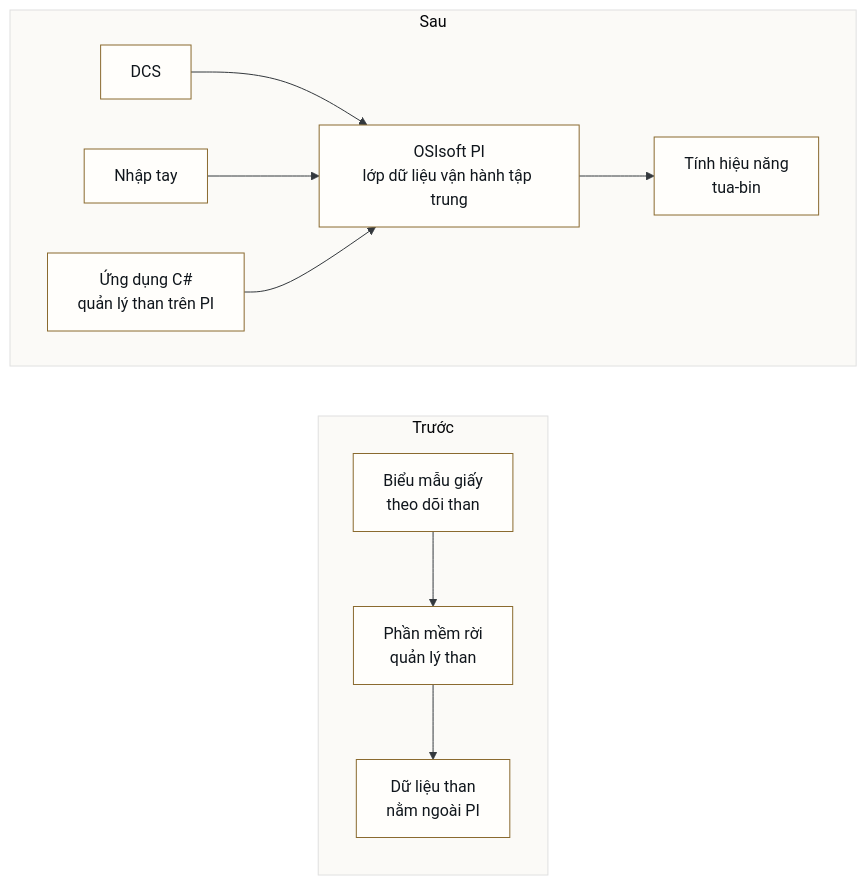
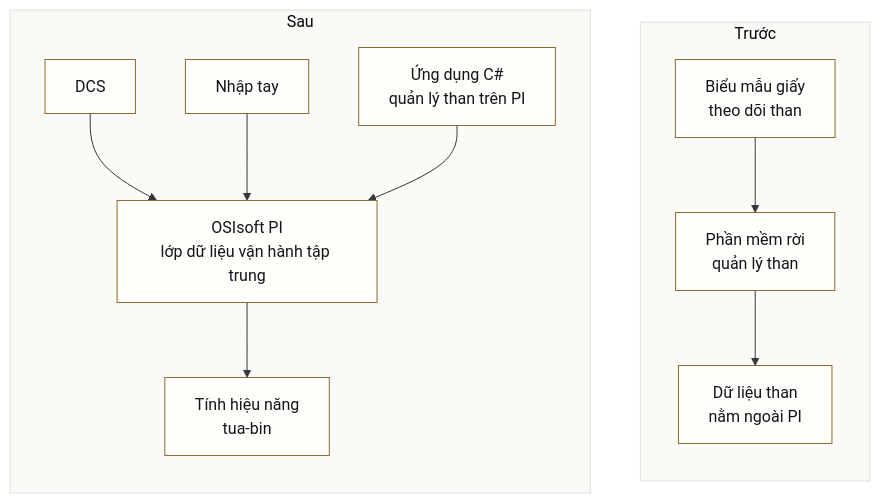
Before and after one commit to quangvo1302/quangvo1302.github.io: the diagram in diagrams/coal-management-turbine-performance.mmd, drawn with Mermaid. The commit also changed 8 other files, not shown here.

Commit message:
Improve mobile diagram legibility

```diff
--- a/diagrams/coal-management-turbine-performance.mmd
+++ b/diagrams/coal-management-turbine-performance.mmd
@@ -1,24 +1,24 @@
 %%{init: {"theme": "base", "themeVariables": {"background": "transparent", "primaryColor": "#fffefb", "primaryTextColor": "#10161c", "primaryBorderColor": "#8a6a2f", "lineColor": "#33383d", "secondaryColor": "#f2ede3", "tertiaryColor": "#fbfaf7", "fontFamily": "Fira Sans, Inter, system-ui, sans-serif"}}}%%
-flowchart LR
+flowchart TB
   subgraph BEFORE["Trước"]
     direction TB
     B_PAPER["Biểu mẫu giấy<br/>theo dõi than"]
     B_APP["Phần mềm rời<br/>quản lý than"]
     B_NOTE["Dữ liệu than<br/>nằm ngoài PI"]
     B_PAPER --> B_APP
     B_APP --> B_NOTE
   end
 
   subgraph AFTER["Sau"]
-    direction LR
+    direction TB
     DCS["DCS"]
     MANUAL["Nhập tay"]
     COAL_APP["Ứng dụng C#<br/>quản lý than trên PI"]
     PI["OSIsoft PI<br/>lớp dữ liệu vận hành tập trung"]
     TURBINE["Tính hiệu năng<br/>tua-bin"]
 
     DCS --> PI
     MANUAL --> PI
     COAL_APP --> PI
     PI --> TURBINE
   end
```
